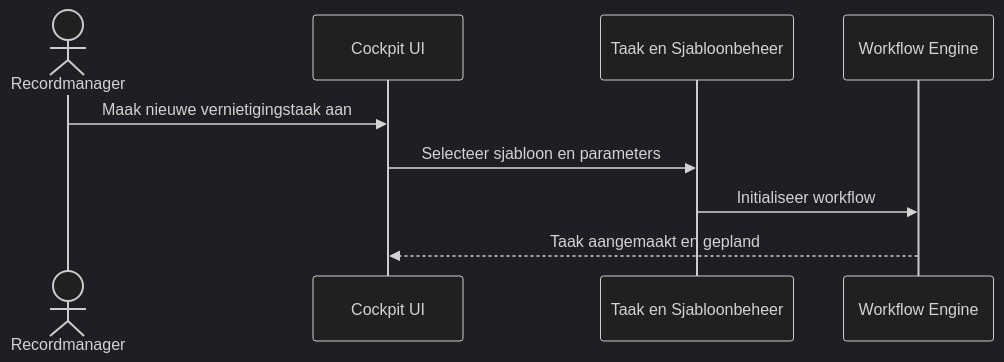
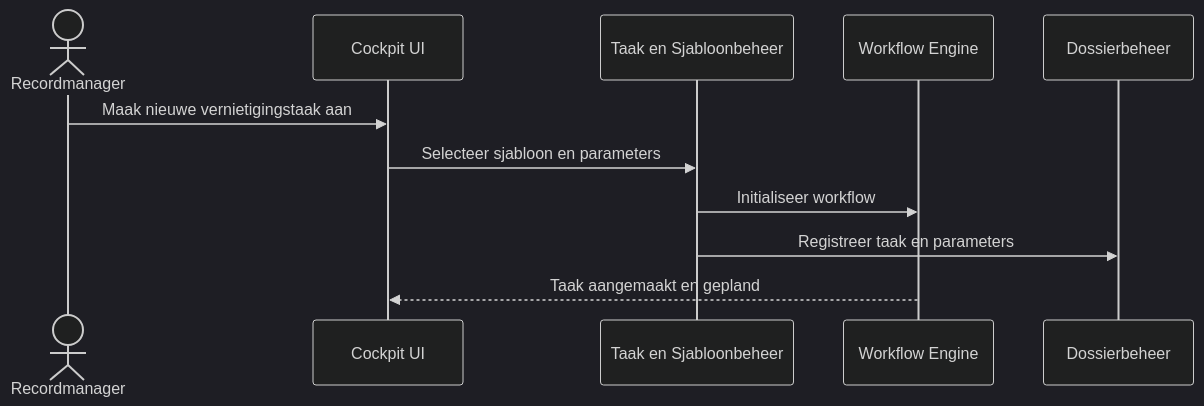
Before and after one commit to GemeenteArnhem/Vernietigingscockpit: the first of 11 diagrams in architectuur/sequence-diagrammen.md, drawn with Mermaid (dark theme). The commit also changed other lines of this file and 10 other files, not shown here.

````diff
--- a/architectuur/sequence-diagrammen.md
+++ b/architectuur/sequence-diagrammen.md
@@ -26,12 +21,14 @@
 ```mermaid
 sequenceDiagram
     actor RM as Recordmanager
     participant UI as Cockpit UI
     participant Task as Taak en Sjabloonbeheer
     participant WF as Workflow Engine
+    participant D as Dossierbeheer
 
     RM ->> UI: Maak nieuwe vernietigingstaak aan
     UI ->> Task: Selecteer sjabloon en parameters
     Task ->> WF: Initialiseer workflow
+    Task ->> D: Registreer taak en parameters
     WF -->> UI: Taak aangemaakt en gepland
 ```
````
